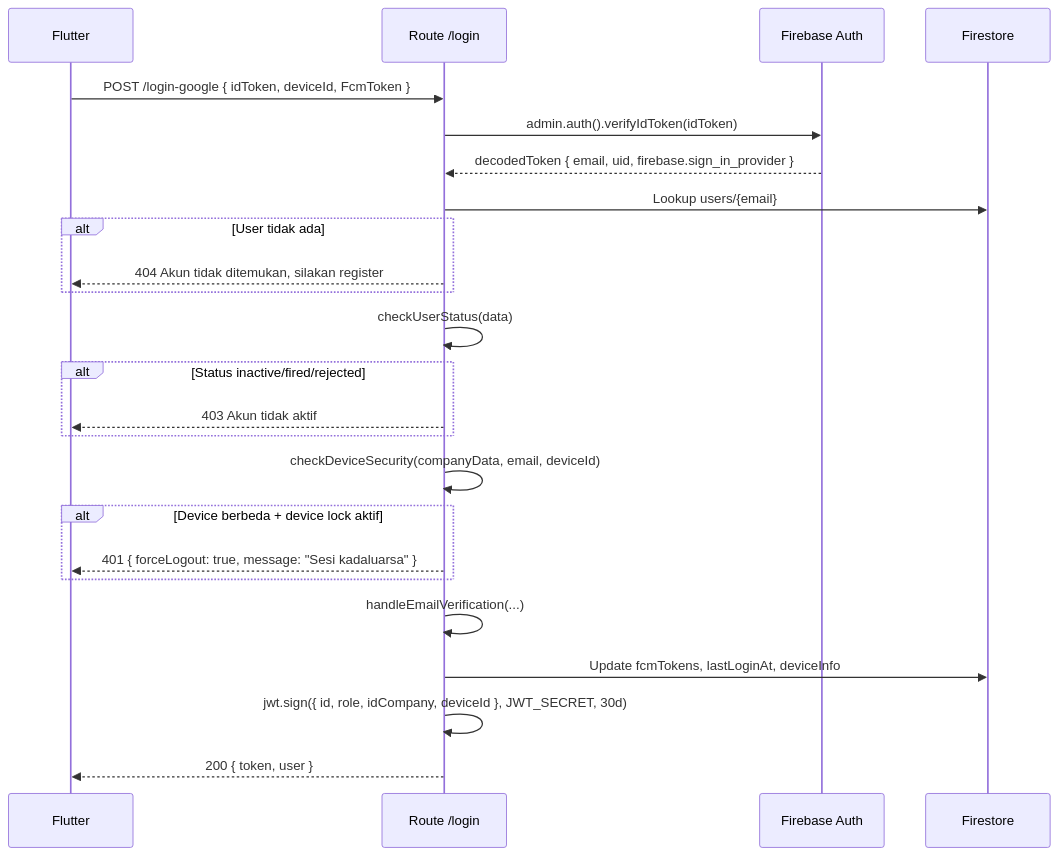
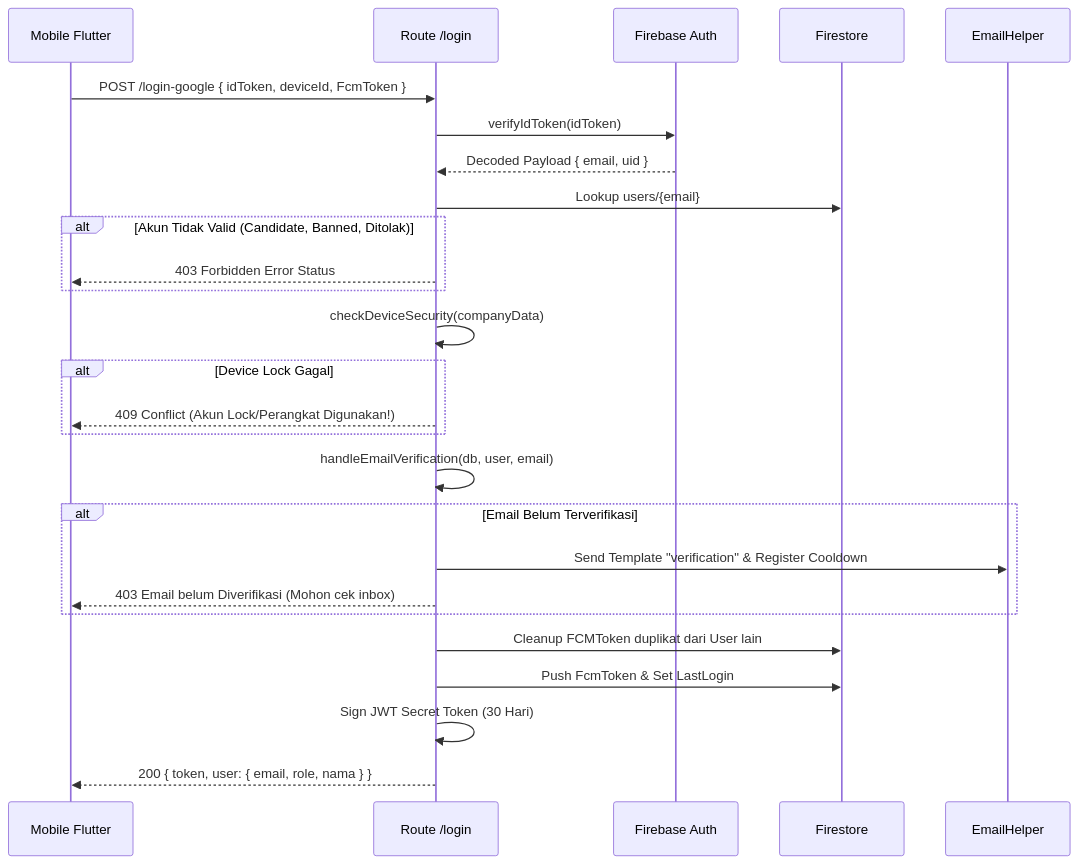
The diagram in docs-site/docs/routes/login.md (Doni354/HORA-APIs), drawn with Mermaid before and after one commit. The commit also changed other lines of this file, not shown here.

`````diff
--- a/docs-site/docs/routes/login.md
+++ b/docs-site/docs/routes/login.md
@@ -59,31 +73,33 @@
-```mermaid
+````mermaid
 sequenceDiagram
-    participant F as Flutter
+    participant F as Mobile Flutter
     participant BE as Route /login
     participant FA as Firebase Auth
     participant DB as Firestore
+    participant M as EmailHelper
 
     F->>BE: POST /login-google { idToken, deviceId, FcmToken }
-    BE->>FA: admin.auth().verifyIdToken(idToken)
-    FA-->>BE: decodedToken { email, uid, firebase.sign_in_provider }
-
+    BE->>FA: verifyIdToken(idToken)
+    FA-->>BE: Decoded Payload { email, uid }
     BE->>DB: Lookup users/{email}
-    alt User tidak ada
-        BE-->>F: 404 Akun tidak ditemukan, silakan register
+    
+    alt Akun Tidak Valid (Candidate, Banned, Ditolak)
+        BE-->>F: 403 Forbidden Error Status 
     end
 
-    BE->>BE: checkUserStatus(data)
-    alt Status inactive/fired/rejected
-        BE-->>F: 403 Akun tidak aktif
+    BE->>BE: checkDeviceSecurity(companyData)
+    alt Device Lock Gagal
+        BE-->>F: 409 Conflict (Akun Lock/Perangkat Digunakan!)
     end
 
-    BE->>BE: checkDeviceSecurity(companyData, email, deviceId)
-    alt Device berbeda + device lock aktif
-        BE-->>F: 401 { forceLogout: true, message: "Sesi kadaluarsa" }
+    BE->>BE: handleEmailVerification(db, user, email)
+    alt Email Belum Terverifikasi
+        BE->>M: Send Template "verification" & Register Cooldown
+        BE-->>F: 403 Email belum Diverifikasi (Mohon cek inbox)
     end
 
-    BE->>BE: handleEmailVerification(...)
-    BE->>DB: Update fcmTokens, lastLoginAt, deviceInfo
-    BE->>BE: jwt.sign({ id, role, idCompany, deviceId }, JWT_SECRET, 30d)
-    BE-->>F: 200 { token, user }
-```
+    BE->>DB: Cleanup FCMToken duplikat dari User lain
+    BE->>DB: Push FcmToken & Set LastLogin
+    BE->>BE: Sign JWT Secret Token (30 Hari)
+    BE-->>F: 200 { token, user: { email, role, nama } }
+````
`````
